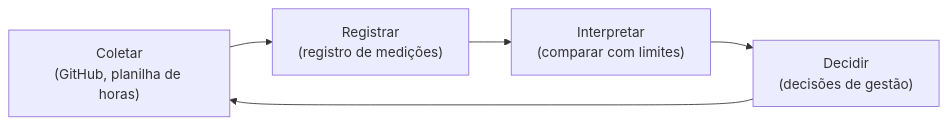
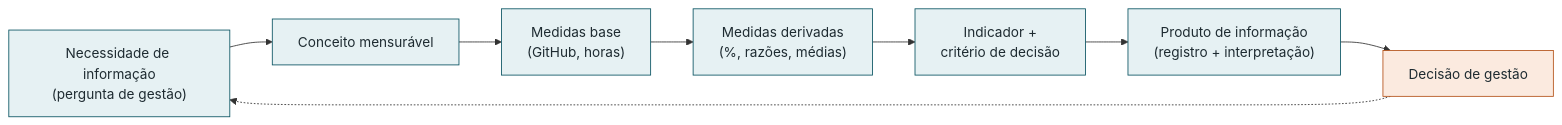
Before and after one commit to FCTE-Qualidade-de-Software-1/2026-2_T02_FRANCES_ALLEN: the first of 2 diagrams in docs/gestao/index.md, drawn with Mermaid. The commit also changed other lines of this file and 6 other files, not shown here.

Commit message:
Gestão de projeto atualizada e refinada com base nos dois ciclos até o momento

````diff
--- a/docs/gestao/index.md
+++ b/docs/gestao/index.md
@@ -17,7 +15,15 @@
 ```mermaid
 flowchart LR
-    A["Coletar<br/>(GitHub, planilha de horas)"] --> B["Registrar<br/>(registro de medições)"]
-    B --> C["Interpretar<br/>(comparar com limites)"]
-    C --> D["Decidir<br/>(decisões de gestão)"]
-    D --> A
+    N["Necessidade de informação<br/>(pergunta de gestão)"] --> C["Conceito mensurável"]
+    C --> B["Medidas base<br/>(GitHub, horas)"]
+    B --> D["Medidas derivadas<br/>(%, razões, médias)"]
+    D --> I["Indicador +<br/>critério de decisão"]
+    I --> P["Produto de informação<br/>(registro + interpretação)"]
+    P --> G["Decisão de gestão"]
+    G -.-> N
+
+    classDef psm fill:#E6F1F3,stroke:#0B5563,color:#1E2B31
+    classDef dec fill:#FBEADF,stroke:#B4531A,color:#1E2B31
+    class N,C,B,D,I,P psm
+    class G dec
 ```
````
